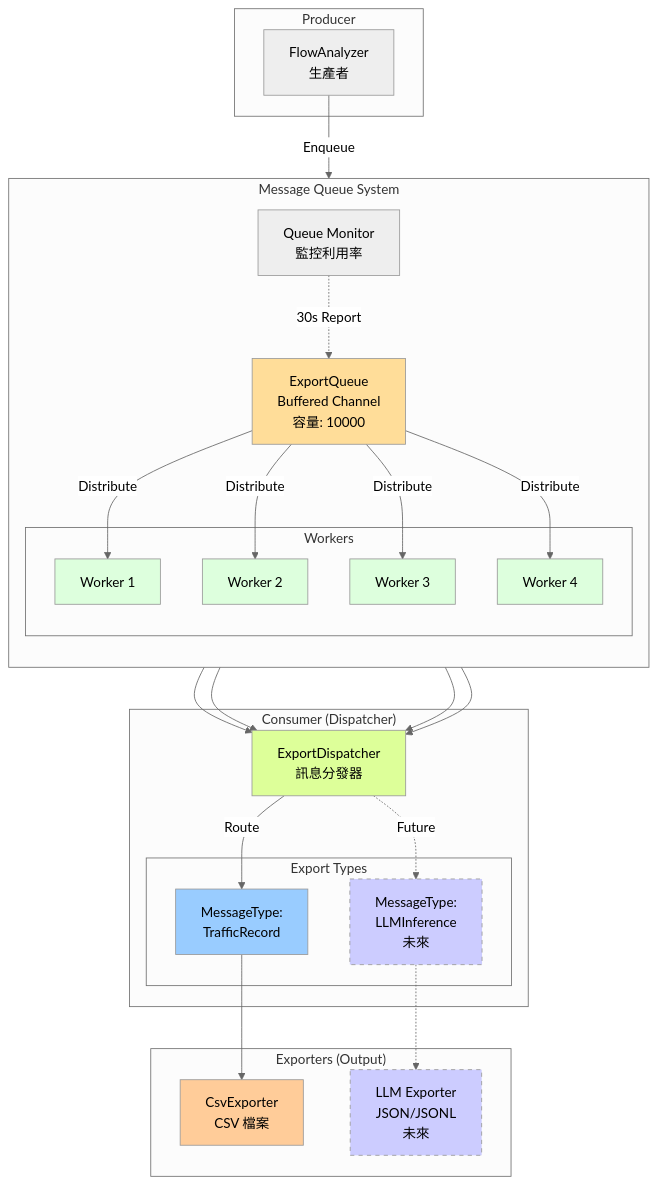
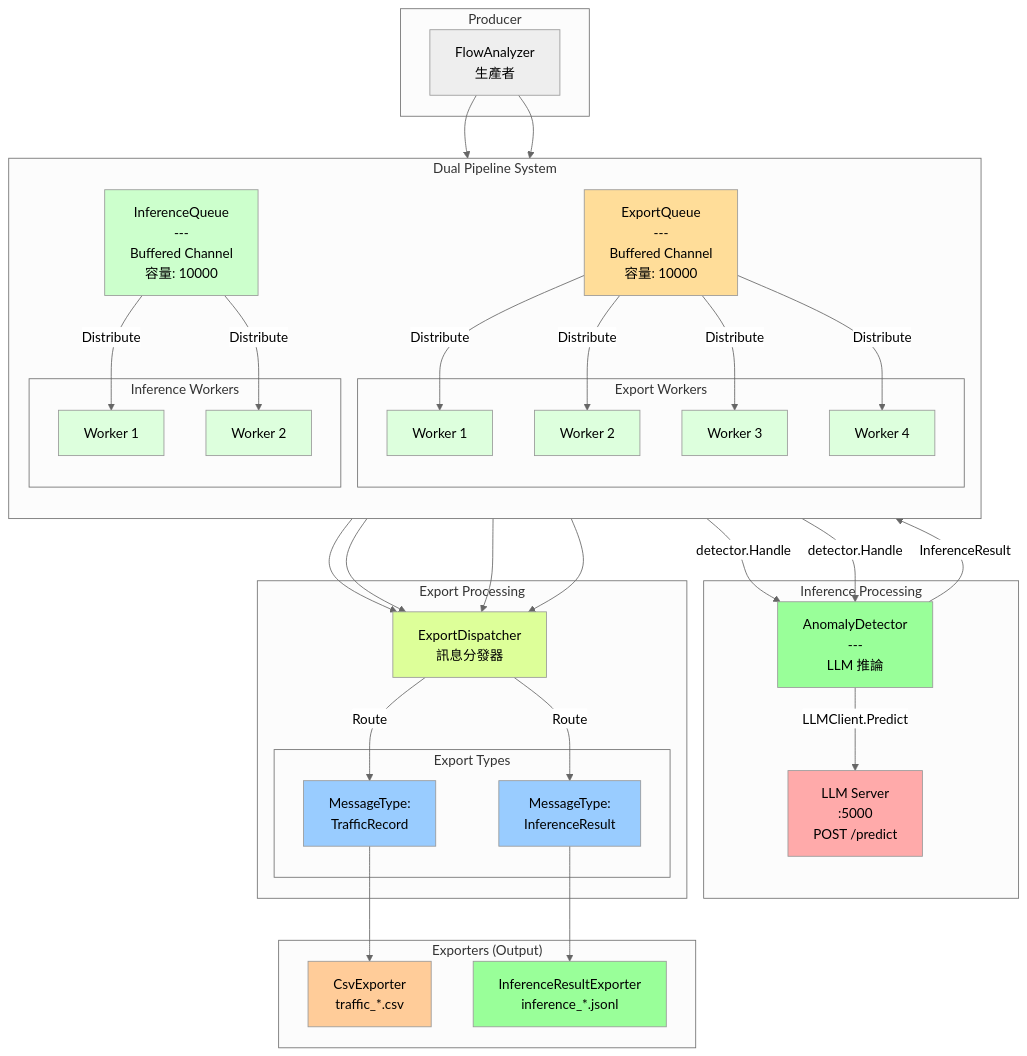
The fifth of 8 diagrams in docs/architecture.md (ian-cs12-NYCU/AnLF), drawn with Mermaid before and after one commit. The commit also changed other lines of this file, not shown here.

Commit message:
doc: update system architecture graph

````diff
--- a/docs/architecture.md
+++ b/docs/architecture.md
@@ -220,65 +250,81 @@
 ```mermaid
 %%{init: {'theme':'neutral'}}%%
 graph TB
     subgraph "Producer"
         FA[FlowAnalyzer<br/>生產者]
     end
     
-    subgraph "Message Queue System"
+    subgraph "Dual Pipeline System"
         direction TB
-        Queue[ExportQueue<br/>Buffered Channel<br/>容量: 10000]
+        FA --> ExpQueue["ExportQueue<br/>---<br/>Buffered Channel<br/>容量: 10000"]
+        FA --> InfQueue["InferenceQueue<br/>---<br/>Buffered Channel<br/>容量: 10000"]
         
-        subgraph "Workers"
-            W1[Worker 1]
-            W2[Worker 2]
-            W3[Worker 3]
-            W4[Worker 4]
+        subgraph "Export Workers"
+            EW1[Worker 1]
+            EW2[Worker 2]
+            EW3[Worker 3]
+            EW4[Worker 4]
         end
         
-        Monitor[Queue Monitor<br/>監控利用率]
+        subgraph "Inference Workers"
+            IW1[Worker 1]
+            IW2[Worker 2]
+        end
+        
+        InfQueue -->|Distribute| IW1
+        InfQueue -->|Distribute| IW2
+        
+        ExpQueue -->|Distribute| EW1
+        ExpQueue -->|Distribute| EW2
+        ExpQueue -->|Distribute| EW3
+        ExpQueue -->|Distribute| EW4
     end
     
-    subgraph "Consumer (Dispatcher)"
-        Disp[ExportDispatcher<br/>訊息分發器]
+    subgraph "Inference Processing"
+        IW1 -->|detector.Handle| Detector["AnomalyDetector<br/>---<br/>LLM 推論"]
+        IW2 -->|detector.Handle| Detector
+        
+        Detector -->|LLMClient.Predict| LLMServer["LLM Server<br/>:5000<br/>POST /predict"]
+        
+        Detector -->|InferenceResult| ExpQueue
+    end
+    
+    subgraph "Export Processing"
+        EW1 --> Disp["ExportDispatcher<br/>訊息分發器"]
+        EW2 --> Disp
+        EW3 --> Disp
+        EW4 --> Disp
         
         subgraph "Export Types"
-            TR[MessageType:<br/>TrafficRecord]
-            LLM[MessageType:<br/>LLMInference<br/>未來]
+            TR["MessageType:<br/>TrafficRecord"]
+            IR["MessageType:<br/>InferenceResult"]
         end
+        
+        Disp -->|Route| TR
+        Disp -->|Route| IR
     end
     
     subgraph "Exporters (Output)"
-        CSV[CsvExporter<br/>CSV 檔案]
-        JSON[LLM Exporter<br/>JSON/JSONL<br/>未來]
+        CSV[CsvExporter<br/>traffic_*.csv]
+        InfExp[InferenceResultExporter<br/>inference_*.jsonl]
     end
     
-    FA -->|Enqueue| Queue
-    Queue -->|Distribute| W1
-    Queue -->|Distribute| W2
-    Queue -->|Distribute| W3
-    Queue -->|Distribute| W4
+    TR --> CSV
+    IR --> InfExp
     
-    W1 --> Disp
-    W2 --> Disp
-    W3 --> Disp
-    W4 --> Disp
-    
-    Monitor -.->|30s Report| Queue
-    
-    Disp -->|Route| TR
-    Disp -.->|Future| LLM
-    
-    TR --> CSV
-    LLM -.-> JSON
-    
-    style Queue fill:#ffdd99
-    style W1 fill:#ddffdd
-    style W2 fill:#ddffdd
-    style W3 fill:#ddffdd
-    style W4 fill:#ddffdd
+    style ExpQueue fill:#ffdd99
+    style InfQueue fill:#ccffcc
+    style EW1 fill:#ddffdd
+    style EW2 fill:#ddffdd
+    style EW3 fill:#ddffdd
+    style EW4 fill:#ddffdd
+    style IW1 fill:#ddffdd
+    style IW2 fill:#ddffdd
+    style Detector fill:#99ff99
+    style LLMServer fill:#ffaaaa
     style Disp fill:#ddff99
     style TR fill:#99ccff
-    style LLM fill:#ccccff,stroke-dasharray: 5 5
+    style IR fill:#99ccff
     style CSV fill:#ffcc99
-    style JSON fill:#ccccff,stroke-dasharray: 5 5
+    style InfExp fill:#99ff99
 ```
````
